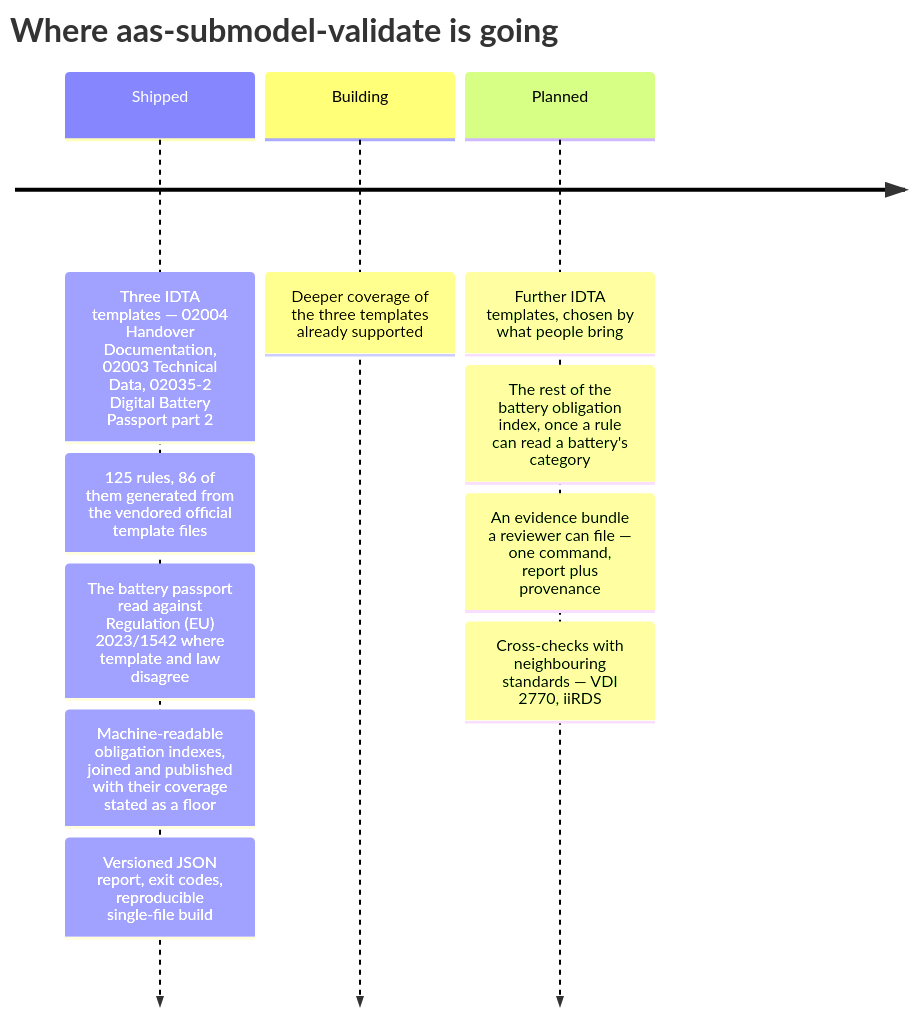
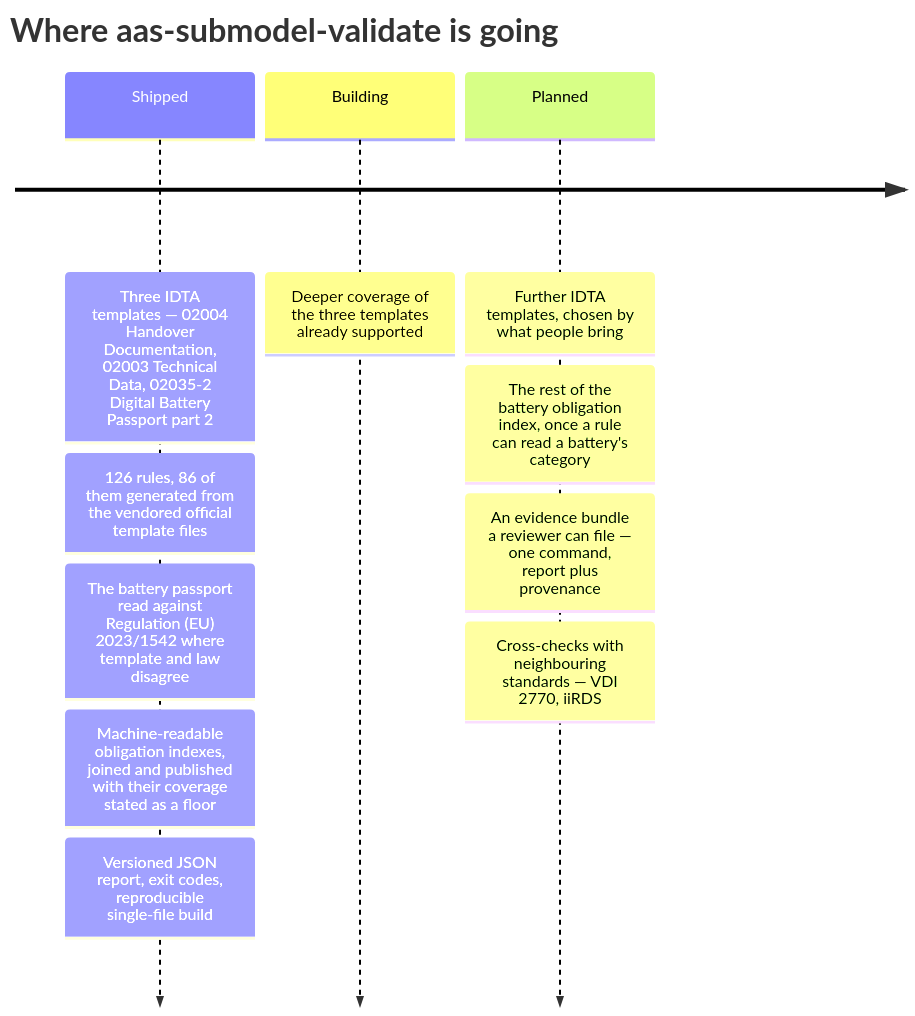
Before and after one commit to dev365code/aas-submodel-validate: the second of 2 diagrams in README.md, drawn with Mermaid. The commit also changed other lines of this file and 9 other files, not shown here.

````diff
--- a/README.md
+++ b/README.md
@@ -263,14 +263,14 @@
 ```mermaid
 timeline
     title Where aas-submodel-validate is going
     Shipped : Three IDTA templates — 02004 Handover Documentation, 02003 Technical Data, 02035-2 Digital Battery Passport part 2
-            : 125 rules, 86 of them generated from the vendored official template files
+            : 126 rules, 86 of them generated from the vendored official template files
             : The battery passport read against Regulation (EU) 2023/1542 where template and law disagree
             : Machine-readable obligation indexes, joined and published with their coverage stated as a floor
             : Versioned JSON report, exit codes, reproducible single-file build
     Building : Deeper coverage of the three templates already supported
     Planned : Further IDTA templates, chosen by what people bring
             : The rest of the battery obligation index, once a rule can read a battery's category
             : An evidence bundle a reviewer can file — one command, report plus provenance
             : Cross-checks with neighbouring standards — VDI 2770, iiRDS
 ```
````
